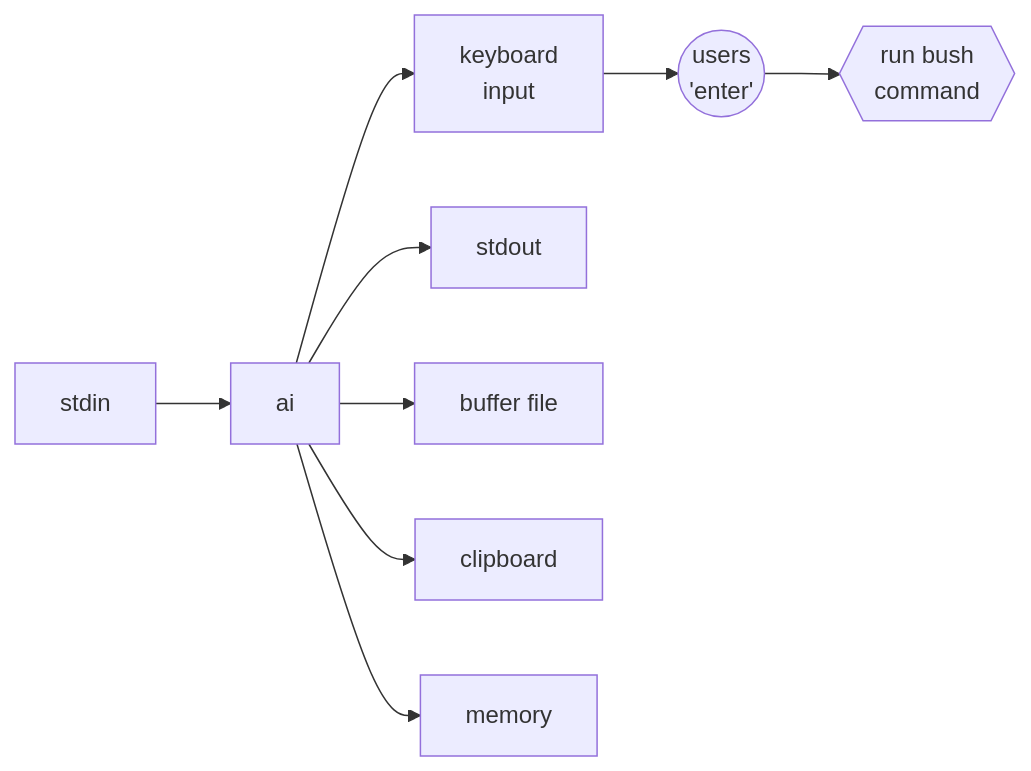
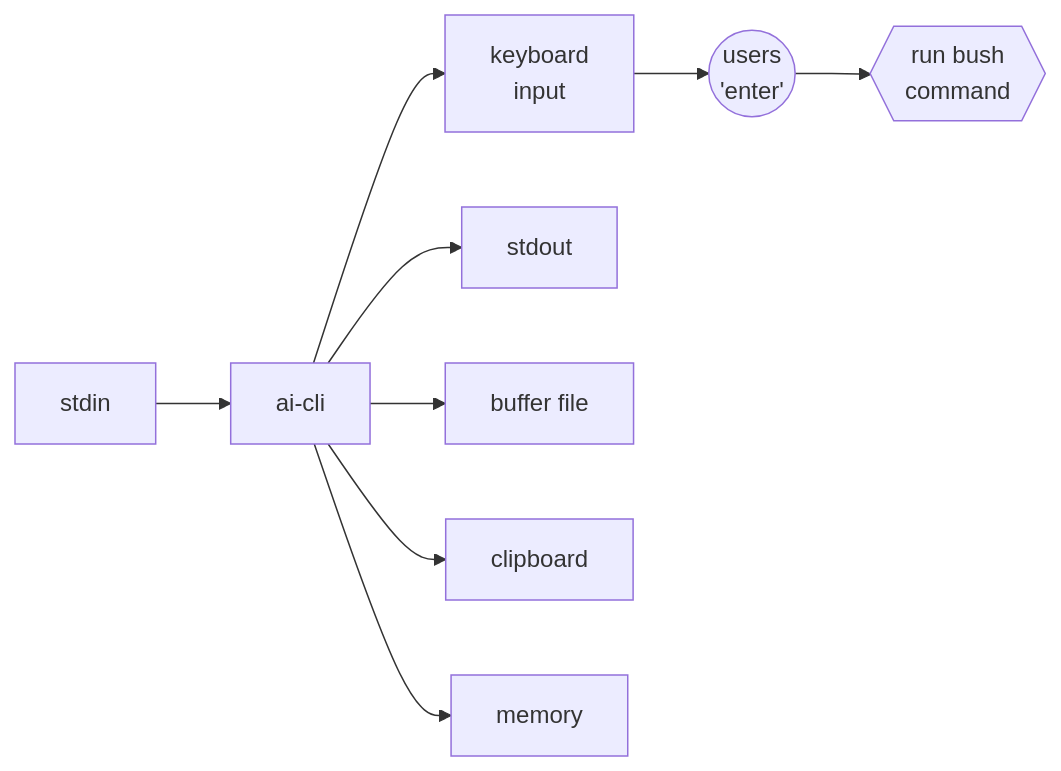
The first of 2 diagrams in README.md (johnthesmith/ai-cli), drawn with Mermaid before and after one commit.

Commit message:
Auto commit

````diff
--- a/README.md
+++ b/README.md
@@ -30,14 +30,15 @@
 ```mermaid
 flowchart LR    
     keyboard[ keyboard \n input ]
     stdout
     buffer[buffer file] 
     clipboard
     memory
+    ai[ai-cli]
     bash{{ run bush \n command}}
 
 
     user((users \n 'enter'))
     keyboard --> user --> bash
     stdin --> ai --> keyboard & stdout & memory & buffer & clipboard
 ```
````
